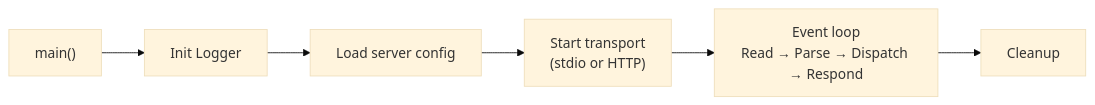
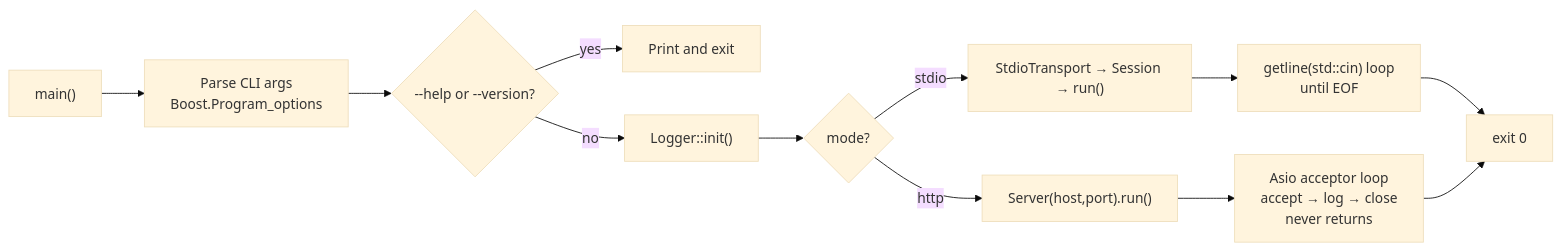
The second of 6 diagrams in DEV_IN_DEPTH.md (pritam12426/git_pilot), drawn with Mermaid (base theme) before and after one commit. The commit also changed other lines of this file and 31 other files, not shown here.

````diff
--- a/DEV_IN_DEPTH.md
+++ b/DEV_IN_DEPTH.md
@@ -95,8 +104,14 @@
 ```mermaid
 flowchart LR
-    Start["main()"] --> Init["Init Logger"]
-    Init --> LoadConfig["Load server config"]
-    LoadConfig --> StartTransport["Start transport<br/>(stdio or HTTP)"]
-    StartTransport --> Loop["Event loop<br/>Read → Parse → Dispatch → Respond"]
-    Loop --> Shutdown["Cleanup"]
+    A["main()"] --> B["Parse CLI args<br/>Boost.Program_options"]
+    B --> C{"--help or --version?"}
+    C -->|yes| D["Print and exit"]
+    C -->|no| E["Logger::init()"]
+    E --> F{"mode?"}
+    F -->|stdio| G["StdioTransport → Session → run()"]
+    F -->|http| H["Server(host,port).run()"]
+    G --> I["getline(std::cin) loop<br/>until EOF"]
+    H --> J["Asio acceptor loop<br/>accept → log → close<br/>never returns"]
+    I --> K["exit 0"]
+    J --> K
 ```
````
